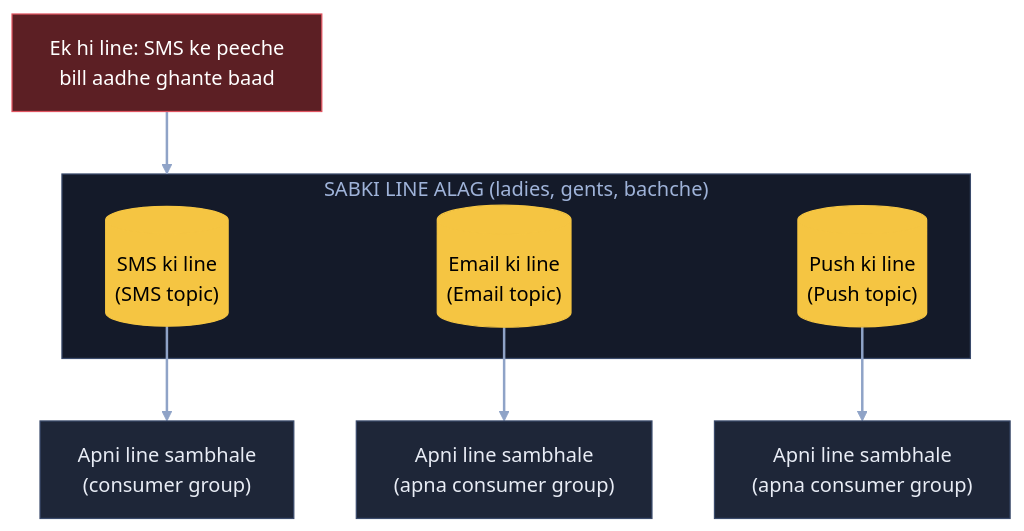
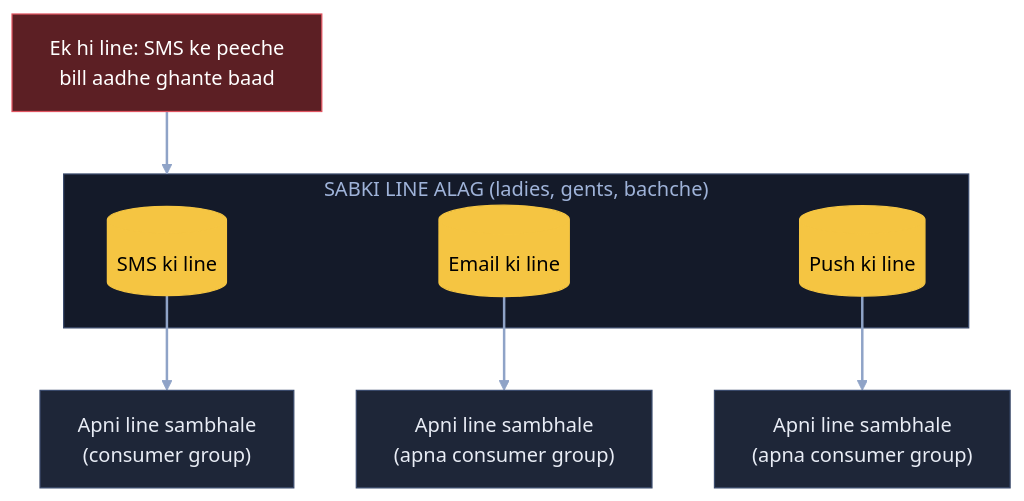
The second of 10 diagrams in 04_HLD/SYSTEM_DESIGNS/04_notification_system/04_notification_system.md (ArpanMaheshwari144/Prep), drawn with Mermaid before and after one commit. The commit also changed other lines of this file and 20 other files, not shown here.

Commit message:
Diagram: sirf hand notes wale naam rahe (66 apne joda naam hataye); README 22-Nov tak update

````diff
--- a/04_HLD/SYSTEM_DESIGNS/04_notification_system/04_notification_system.md
+++ b/04_HLD/SYSTEM_DESIGNS/04_notification_system/04_notification_system.md
@@ -118,22 +118,22 @@
 ```mermaid
 flowchart TB
     X["Ek hi line: SMS ke peeche<br/>bill aadhe ghante baad"]:::bad
     subgraph AL["SABKI LINE ALAG (ladies, gents, bachche)"]
-        S1[("SMS ki line<br/>(SMS topic)")]:::pill
-        E1[("Email ki line<br/>(Email topic)")]:::pill
-        P1[("Push ki line<br/>(Push topic)")]:::pill
+        S1[("SMS ki line")]:::pill
+        E1[("Email ki line")]:::pill
+        P1[("Push ki line")]:::pill
     end
     S2["Apni line sambhale<br/>(consumer group)"]:::card
     E2["Apni line sambhale<br/>(apna consumer group)"]:::card
     P2["Apni line sambhale<br/>(apna consumer group)"]:::card
     X --> AL
     S1 --> S2
     E1 --> E2
     P1 --> P2
     linkStyle default stroke:#8fa3c7,stroke-width:2px
     classDef card fill:#1e2638,stroke:#3a4a6b,color:#e8ecf5
     classDef pill fill:#f5c542,stroke:#f5c542,color:#000
     classDef good fill:#2e7d4f,stroke:#3fbf6f,color:#fff
     classDef bad fill:#5c1f24,stroke:#e05561,color:#fff
     style AL fill:#141a29,stroke:#3a4a6b,color:#9fb3d9
 ```
````
